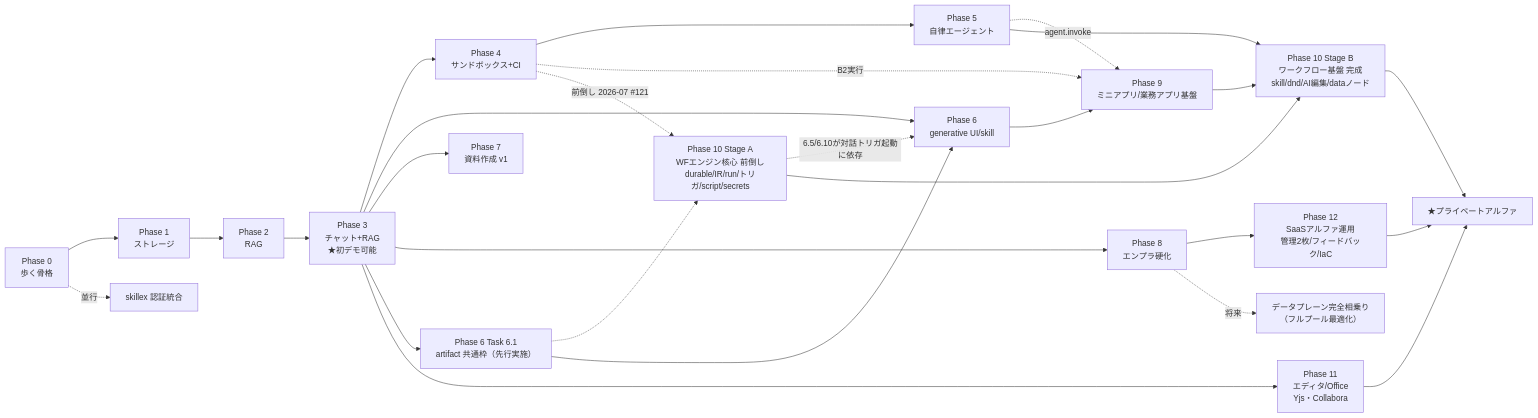
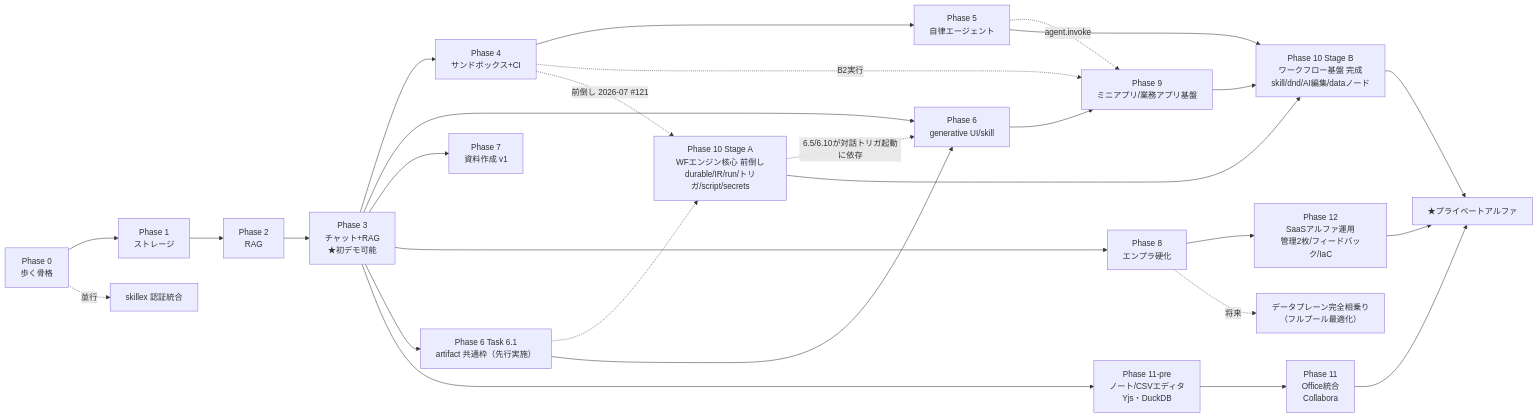
Before and after one commit to imanect-labs/shiki-platform: the diagram in docs/roadmap.md, drawn with Mermaid. The commit also changed other lines of this file and 4 other files, not shown here.

First line of the commit message:
docs: Phase 11-pre（ノート md/CSV エディタ）を正本ドキュメントへ反映

````diff
--- a/docs/roadmap.md
+++ b/docs/roadmap.md
@@ -18,29 +18,30 @@
 ```mermaid
 flowchart LR
   P0["Phase 0<br/>歩く骨格"] --> P1["Phase 1<br/>ストレージ"]
   P1 --> P2["Phase 2<br/>RAG"]
   P2 --> P3["Phase 3<br/>チャット+RAG<br/>★初デモ可能"]
   P3 --> P4["Phase 4<br/>サンドボックス+CI"]
   P4 --> P5["Phase 5<br/>自律エージェント"]
   P3 --> P6["Phase 6<br/>generative UI/skill"]
   P6 --> P9["Phase 9<br/>ミニアプリ/業務アプリ基盤"]
   P4 -.->|B2実行| P9
   P5 -.->|agent.invoke| P9
   P3 --> P7["Phase 7<br/>資料作成 v1"]
   P3 --> P8["Phase 8<br/>エンプラ硬化"]
   P4 -.->|前倒し 2026-07 #121| P10A["Phase 10 Stage A<br/>WFエンジン核心 前倒し<br/>durable/IR/run/トリガ/script/secrets"]
   P3 --> T61["Phase 6 Task 6.1<br/>artifact 共通枠（先行実施）"]
   T61 -.-> P10A
   T61 --> P6
   P10A -.->|6.5/6.10が対話トリガ起動に依存| P6
   P10A --> P10["Phase 10 Stage B<br/>ワークフロー基盤 完成<br/>skill/dnd/AI編集/dataノード"]
   P5 --> P10
   P9 --> P10
-  P3 --> P11["Phase 11<br/>エディタ/Office<br/>Yjs・Collabora"]
+  P3 --> P11P["Phase 11-pre<br/>ノート/CSVエディタ<br/>Yjs・DuckDB"]
+  P11P --> P11["Phase 11<br/>Office統合<br/>Collabora"]
   P8 --> P12["Phase 12<br/>SaaSアルファ運用<br/>管理2枚/フィードバック/IaC"]
   P10 --> ALPHA["★プライベートアルファ"]
   P11 --> ALPHA
   P12 --> ALPHA
   P0 -.->|並行| SK["skillex 認証統合"]
   P8 -.->|将来| FULLPOOL["データプレーン完全相乗り<br/>（フルプール最適化）"]
 ```
````
